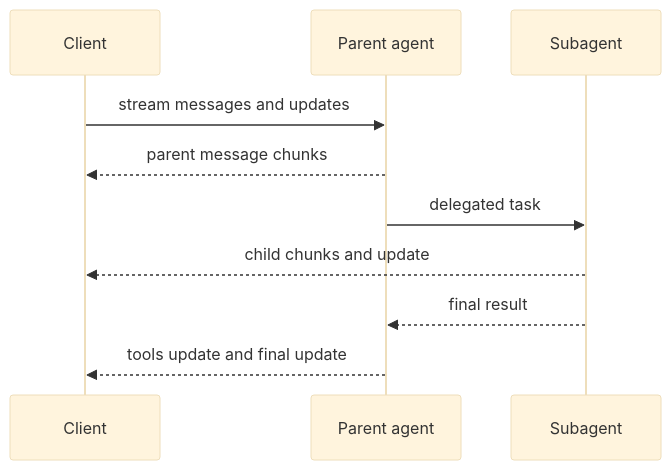
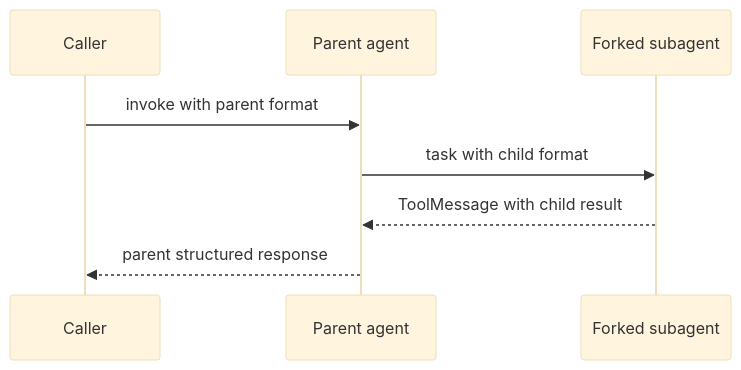
The diagram in openwiki/testing/testing-guide.md (langchain-ai/deepagents), drawn with Mermaid (base theme) before and after one commit. The commit also changed other lines of this file and 39 other files, not shown here.

````diff
--- a/openwiki/testing/testing-guide.md
+++ b/openwiki/testing/testing-guide.md
@@ -100,12 +113,10 @@
 ```mermaid
 sequenceDiagram
-    participant Client
+    participant Caller
     participant Parent as Parent agent
-    participant Child as Subagent
-    Client->>Parent: stream messages and updates
-    Parent-->>Client: parent message chunks
-    Parent->>Child: delegated task
-    Child-->>Client: child chunks and update
-    Child-->>Parent: final result
-    Parent-->>Client: tools update and final update
+    participant Fork as Forked subagent
+    Caller->>Parent: invoke with parent format
+    Parent->>Fork: task with child format
+    Fork-->>Parent: ToolMessage with child result
+    Parent-->>Caller: parent structured response
 ```
````
